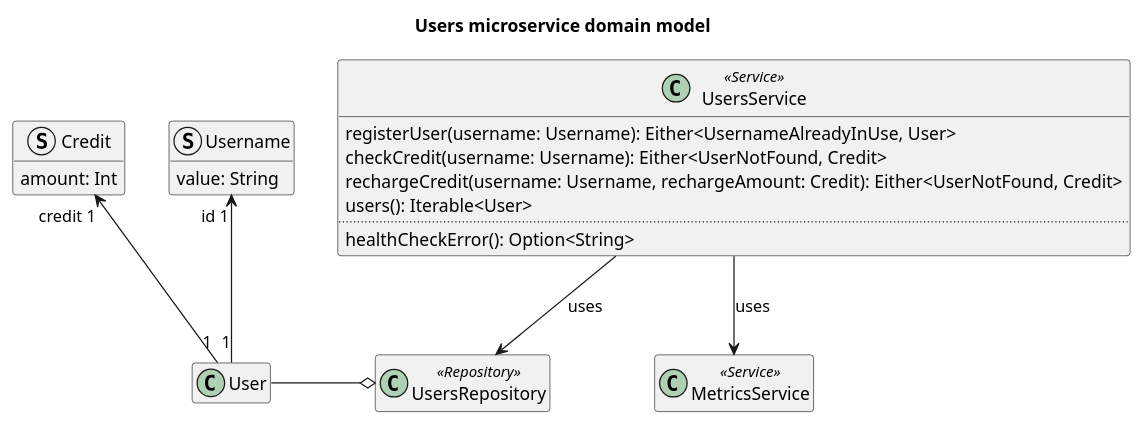
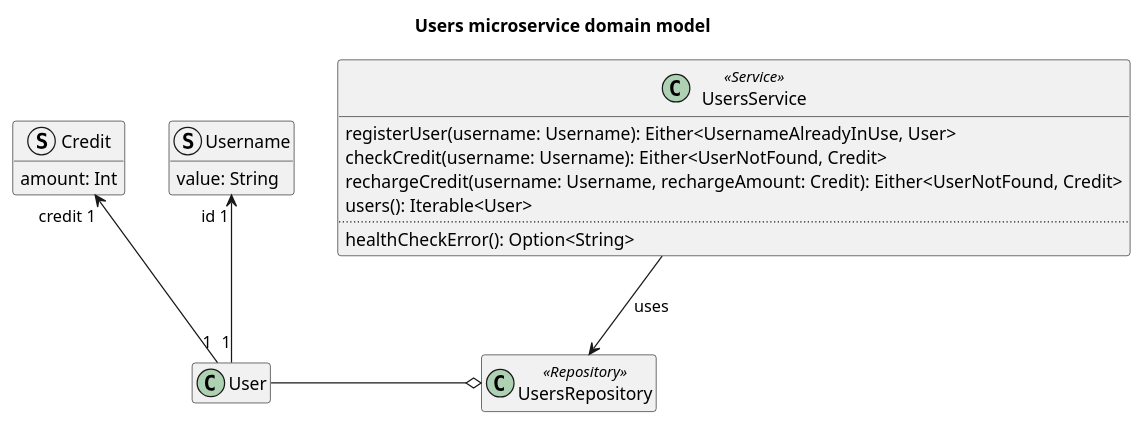
Before and after one commit to Ventus218/SAP-assignment-03: the diagram in doc/diagrams/src/users-microservice-domain-model.puml, drawn with PlantUML. The commit also changed 16 other files, not shown here.

Commit message:
removed stuff about metrics service from doc

```diff
--- a/doc/diagrams/src/users-microservice-domain-model.puml
+++ b/doc/diagrams/src/users-microservice-domain-model.puml
@@ -1,36 +1,33 @@
 @startuml users-microservice-domain-model
 
 title Users microservice domain model
 
 class User {}
 
 struct Username {
     value: String
 }
 User "1" -u-> "id 1" Username
 
 struct Credit {
     amount: Int
 }
 User "1" -u-> "credit 1" Credit
 
 class UsersRepository <<Repository>>
 UsersRepository o-l- User
 
 class UsersService <<Service>> {
     registerUser(username: Username): Either<UsernameAlreadyInUse, User>
     checkCredit(username: Username): Either<UserNotFound, Credit>
     rechargeCredit(username: Username, rechargeAmount: Credit): Either<UserNotFound, Credit>
     users(): Iterable<User>
     ..
     healthCheckError(): Option<String>
 }
 
 UsersService --> UsersRepository : "uses"
 
-class MetricsService <<Service>>
-UsersService --> MetricsService : "uses"
-
 hide empty members
 
 @enduml
```
